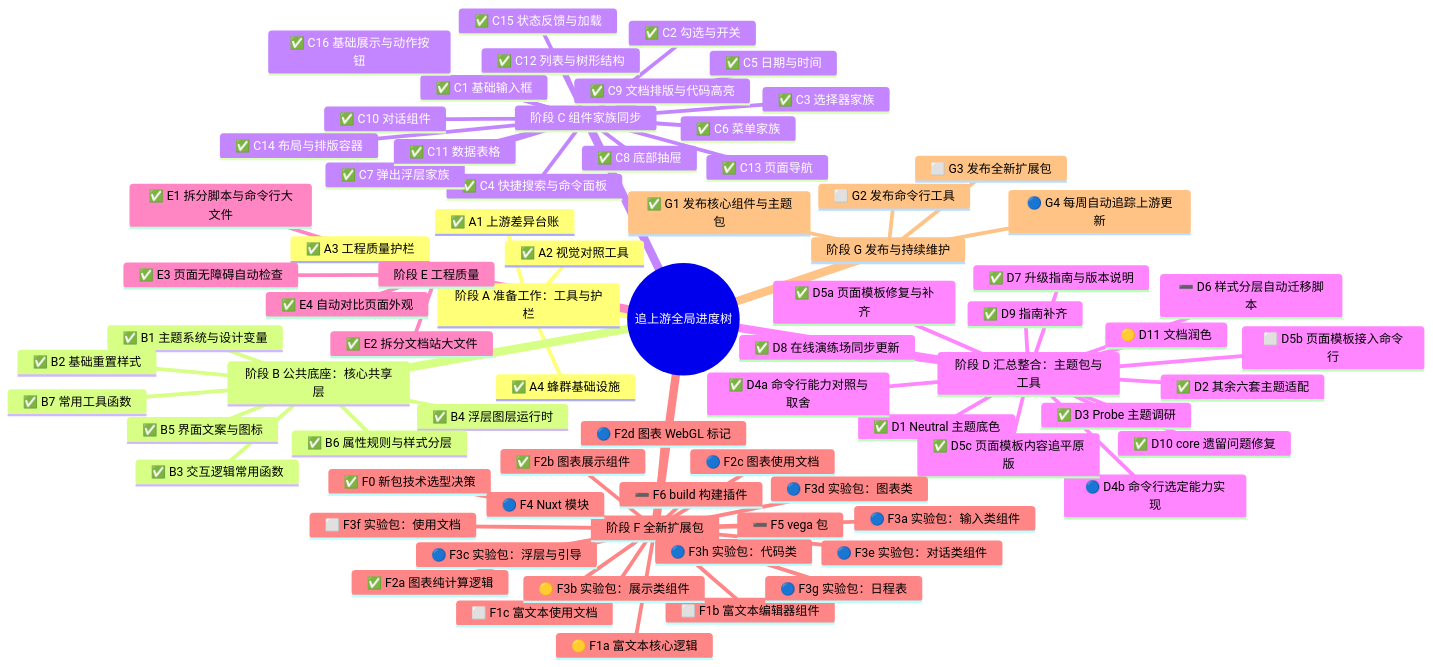
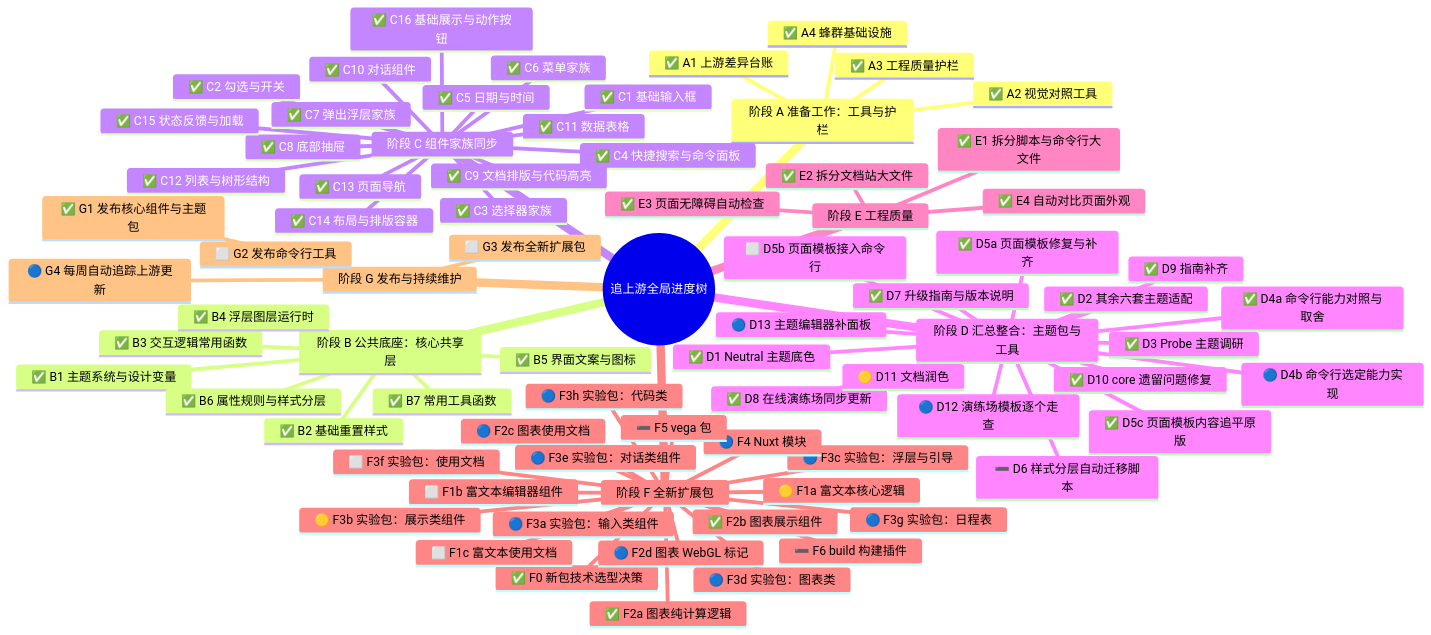
One commit to astryx-vue/astryx-vue changed the first of 6 diagrams in .agents-work/upstream-sync-0.7.1/ROADMAP.md. Above: the diagram before and after it, drawn with Mermaid. The commit also changed other lines of this file and 45 other files, not shown here.

````diff
--- a/.agents-work/upstream-sync-0.7.1/ROADMAP.md
+++ b/.agents-work/upstream-sync-0.7.1/ROADMAP.md
@@ -8,79 +8,81 @@
 ```mermaid
 mindmap
   root((追上游全局进度树))
     阶段 A 准备工作：工具与护栏
       ✅ A1 上游差异台账
       ✅ A2 视觉对照工具
       ✅ A3 工程质量护栏
       ✅ A4 蜂群基础设施
     阶段 B 公共底座：核心共享层
       ✅ B1 主题系统与设计变量
       ✅ B2 基础重置样式
       ✅ B3 交互逻辑常用函数
       ✅ B4 浮层图层运行时
       ✅ B5 界面文案与图标
       ✅ B6 属性规则与样式分层
       ✅ B7 常用工具函数
     阶段 C 组件家族同步
       ✅ C1 基础输入框
       ✅ C2 勾选与开关
       ✅ C3 选择器家族
       ✅ C4 快捷搜索与命令面板
       ✅ C5 日期与时间
       ✅ C6 菜单家族
       ✅ C7 弹出浮层家族
       ✅ C8 底部抽屉
       ✅ C9 文档排版与代码高亮
       ✅ C10 对话组件
       ✅ C11 数据表格
       ✅ C12 列表与树形结构
       ✅ C13 页面导航
       ✅ C14 布局与排版容器
       ✅ C15 状态反馈与加载
       ✅ C16 基础展示与动作按钮
     阶段 D 汇总整合：主题包与工具
       ✅ D1 Neutral 主题底色
       ✅ D2 其余六套主题适配
       ✅ D3 Probe 主题调研
       ✅ D4a 命令行能力对照与取舍
       🔵 D4b 命令行选定能力实现
       ✅ D5a 页面模板修复与补齐
       ⬜ D5b 页面模板接入命令行
       ✅ D5c 页面模板内容追平原版
       ➖ D6 样式分层自动迁移脚本
       ✅ D7 升级指南与版本说明
       ✅ D8 在线演练场同步更新
       ✅ D9 指南补齐
       ✅ D10 core 遗留问题修复
       🟡 D11 文档润色
+      🔵 D12 演练场模板逐个走查
+      🔵 D13 主题编辑器补面板
     阶段 E 工程质量
       ✅ E1 拆分脚本与命令行大文件
       ✅ E2 拆分文档站大文件
       ✅ E3 页面无障碍自动检查
       ✅ E4 自动对比页面外观
     阶段 F 全新扩展包
       ✅ F0 新包技术选型决策
       🟡 F1a 富文本核心逻辑
       ⬜ F1b 富文本编辑器组件
       ⬜ F1c 富文本使用文档
       ✅ F2a 图表纯计算逻辑
       ✅ F2b 图表展示组件
       🔵 F2c 图表使用文档
       🔵 F2d 图表 WebGL 标记
       🔵 F3a 实验包：输入类组件
       🟡 F3b 实验包：展示类组件
       🔵 F3g 实验包：日程表
       🔵 F3c 实验包：浮层与引导
       🔵 F3d 实验包：图表类
       🔵 F3h 实验包：代码类
       🔵 F3e 实验包：对话类组件
       ⬜ F3f 实验包：使用文档
       🔵 F4 Nuxt 模块
       ➖ F5 vega 包
       ➖ F6 build 构建插件
     阶段 G 发布与持续维护
       ✅ G1 发布核心组件与主题包
       ⬜ G2 发布命令行工具
       ⬜ G3 发布全新扩展包
       🔵 G4 每周自动追踪上游更新
 ```
````
